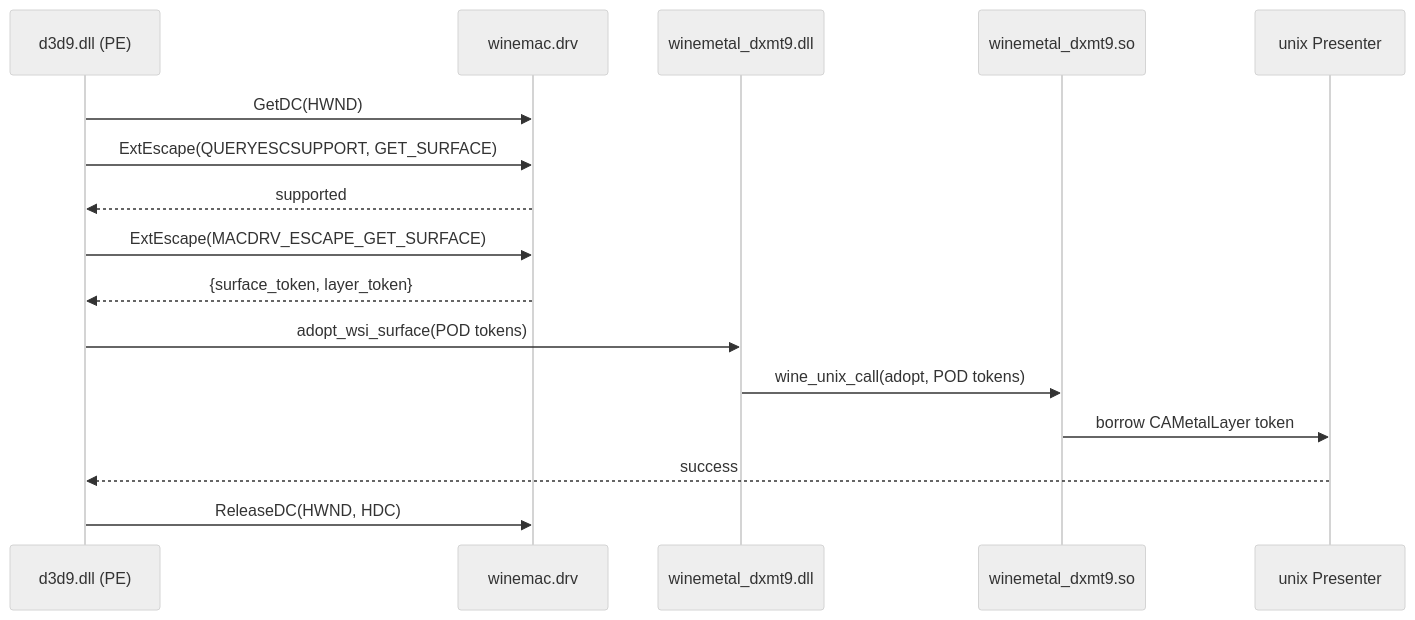
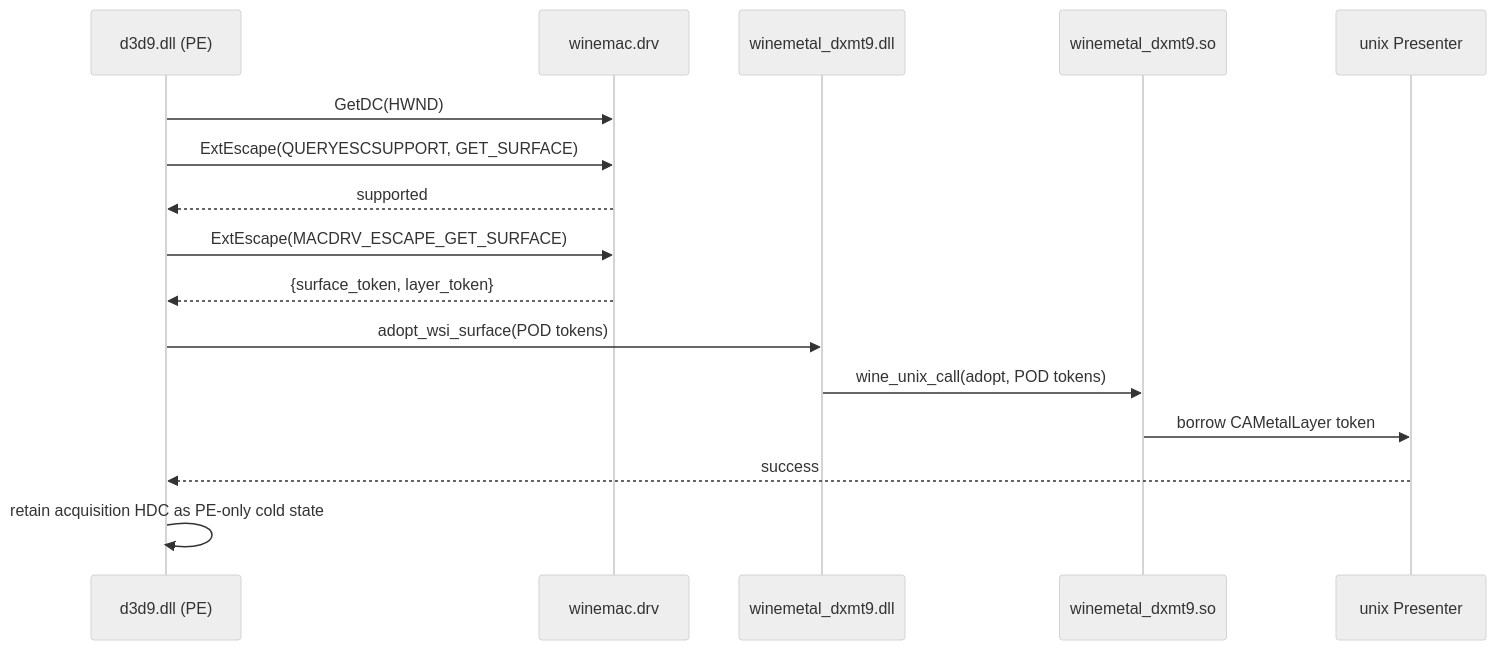
Before and after one commit to dfdgsdfg/dxmt9: the first of 2 diagrams in specs/winemetal/spec.md, drawn with Mermaid (neutral theme). The commit also changed other lines of this file and 32 other files, not shown here.

````diff
--- a/specs/winemetal/spec.md
+++ b/specs/winemetal/spec.md
@@ -26,19 +26,19 @@
 ```mermaid
 sequenceDiagram
     participant D9 as d3d9.dll (PE)
     participant Mac as winemac.drv
     participant Bridge as winemetal_dxmt9.dll
     participant Provider as winemetal_dxmt9.so
     participant Presenter as unix Presenter
 
     D9->>Mac: GetDC(HWND)
     D9->>Mac: ExtEscape(QUERYESCSUPPORT, GET_SURFACE)
     Mac-->>D9: supported
     D9->>Mac: ExtEscape(MACDRV_ESCAPE_GET_SURFACE)
     Mac-->>D9: {surface_token, layer_token}
     D9->>Bridge: adopt_wsi_surface(POD tokens)
     Bridge->>Provider: wine_unix_call(adopt, POD tokens)
     Provider->>Presenter: borrow CAMetalLayer token
     Presenter-->>D9: success
-    D9->>Mac: ReleaseDC(HWND, HDC)
+    D9->>D9: retain acquisition HDC as PE-only cold state
 ```
````
